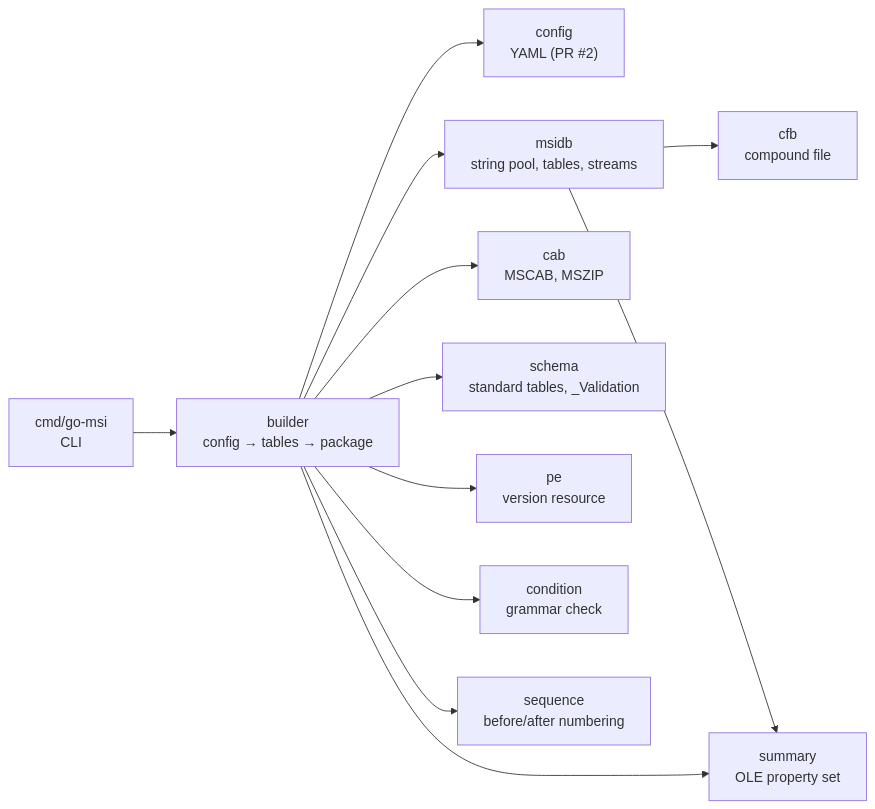
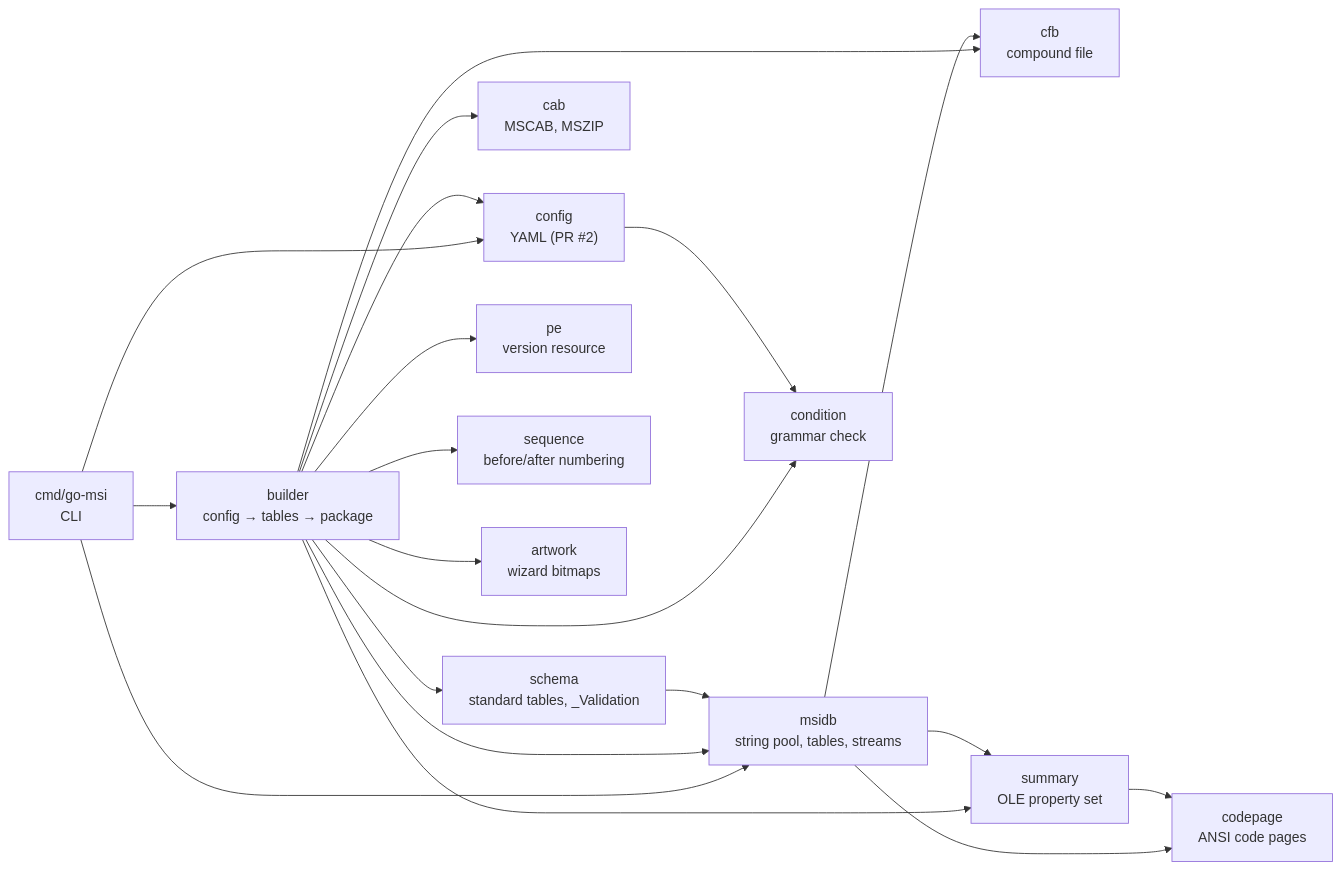
Before and after one commit to jkroepke/go-msi: the diagram in docs/design/architecture.md, drawn with Mermaid. The commit also changed other lines of this file and 94 other files, not shown here.

````diff
--- a/docs/design/architecture.md
+++ b/docs/design/architecture.md
@@ -18,22 +24,29 @@
 ```mermaid
 flowchart LR
     cmd["cmd/go-msi<br/>CLI"] --> builder
+    cmd --> config
+    cmd --> msidb
     builder["builder<br/>config → tables → package"] --> config
     builder --> msidb
     builder --> cab
+    builder --> cfb
     builder --> schema
     builder --> pe
     builder --> condition
     builder --> sequence
     builder --> summary
+    builder --> artwork
     msidb["msidb<br/>string pool, tables, streams"] --> cfb
     msidb --> summary
-    summary["summary<br/>OLE property set"]
+    msidb --> codepage
+    summary["summary<br/>OLE property set"] --> codepage
+    codepage["codepage<br/>ANSI code pages"]
+    artwork["artwork<br/>wizard bitmaps"]
     cfb["cfb<br/>compound file"]
     cab["cab<br/>MSCAB, MSZIP"]
-    schema["schema<br/>standard tables, _Validation"]
+    schema["schema<br/>standard tables, _Validation"] --> msidb
     pe["pe<br/>version resource"]
     condition["condition<br/>grammar check"]
     sequence["sequence<br/>before/after numbering"]
-    config["config<br/>YAML (PR #2)"]
+    config["config<br/>YAML (PR #2)"] --> condition
 ```
````
